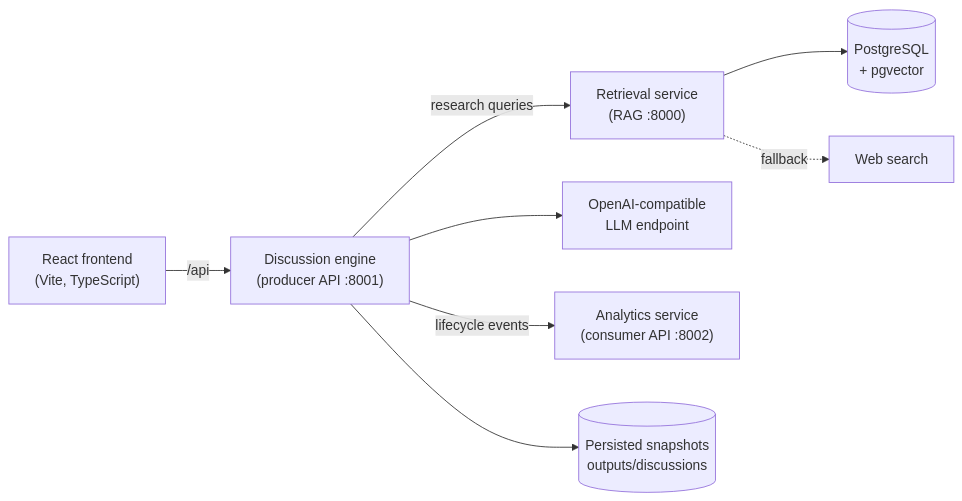
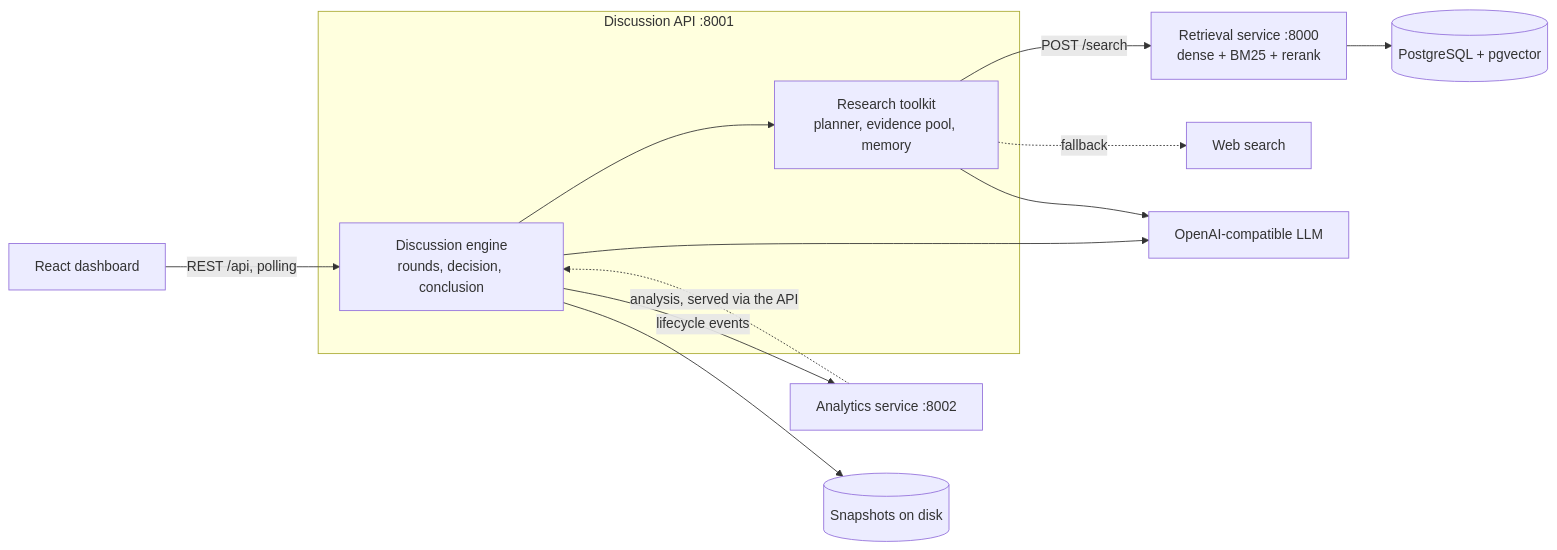
Before and after one commit to Nada-Seyam/multi-agent-research-decision-making-platform: the diagram in README.md, drawn with Mermaid. The commit also changed other lines of this file, not shown here.

````diff
--- a/README.md
+++ b/README.md
@@ -18,10 +28,19 @@
 ```mermaid
 flowchart LR
-    UI["React frontend<br/>(Vite, TypeScript)"] -->|"/api"| P["Discussion engine<br/>(producer API :8001)"]
-    P -->|"research queries"| R["Retrieval service<br/>(RAG :8000)"]
-    R --> DB[("PostgreSQL<br/>+ pgvector")]
-    R -.->|"fallback"| W["Web search"]
-    P --> LLM["OpenAI-compatible<br/>LLM endpoint"]
-    P -->|"lifecycle events"| C["Analytics service<br/>(consumer API :8002)"]
-    P --> FS[("Persisted snapshots<br/>outputs/discussions")]
+    UI["React dashboard"] -->|"REST /api, polling"| API
+
+    subgraph Producer["Discussion API :8001"]
+        API["Discussion engine<br/>rounds, decision, conclusion"]
+        RT["Research toolkit<br/>planner, evidence pool, memory"]
+        API --> RT
+    end
+
+    RT -->|"POST /search"| RAG["Retrieval service :8000<br/>dense + BM25 + rerank"]
+    RAG --> DB[("PostgreSQL + pgvector")]
+    RT -.->|"fallback"| WEB["Web search"]
+    API --> LLM["OpenAI-compatible LLM"]
+    RT --> LLM
+    API -->|"lifecycle events"| AN["Analytics service :8002"]
+    AN -.->|"analysis, served via the API"| API
+    API --> FS[("Snapshots on disk")]
 ```
````
